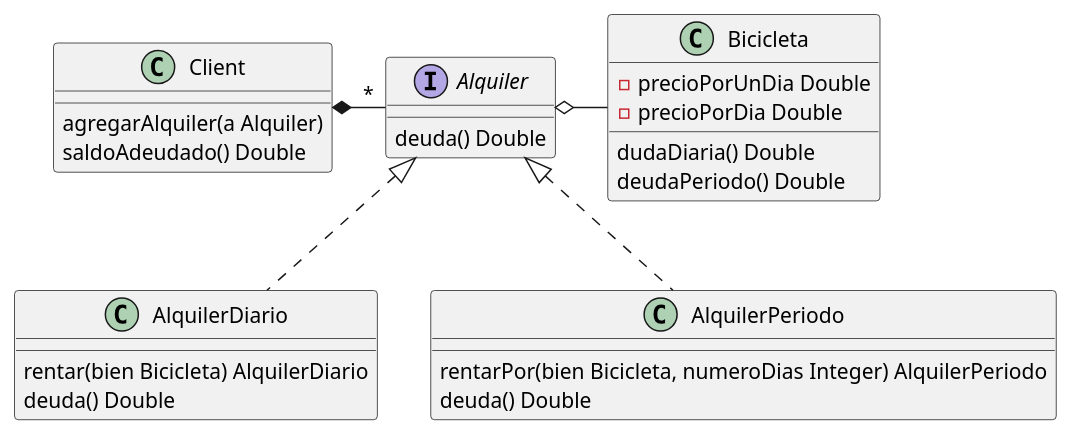
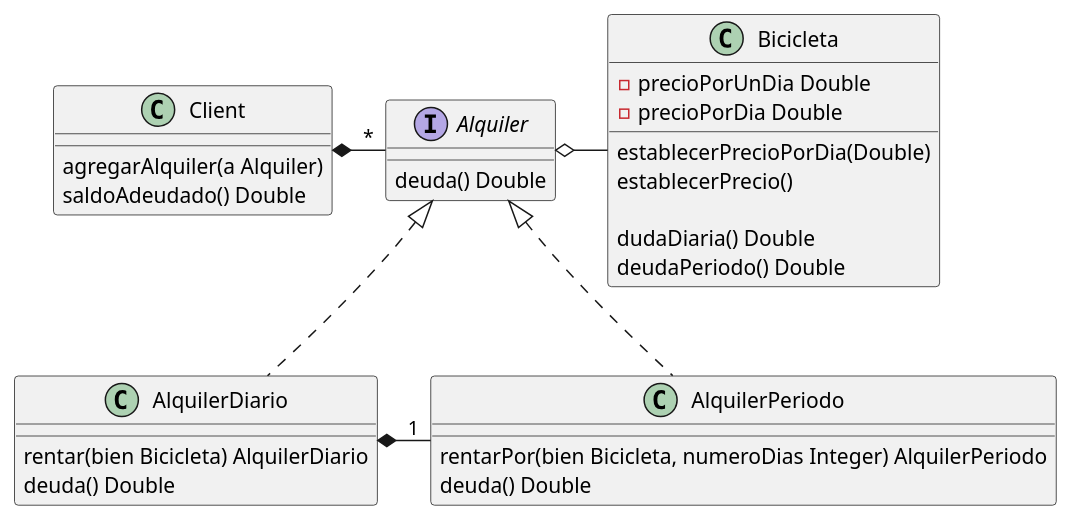
One commit to fiuba/algo3_simulacro_tn_alquiler_bici changed the diagram in media/diagrams/diagrama_clases.plantuml. Above: the diagram before and after it, drawn with PlantUML. The commit also changed 2 other files, not shown here.

```diff
--- a/media/diagrams/diagrama_clases.plantuml
+++ b/media/diagrams/diagrama_clases.plantuml
@@ -1,38 +1,42 @@
 @startuml
 
 class Client {
         agregarAlquiler(a Alquiler)
         saldoAdeudado() Double
 }
 
 interface Alquiler {
         deuda() Double
 }
 
 class AlquilerDiario {
         rentar(bien Bicicleta) AlquilerDiario
         deuda() Double
 }
 
 class AlquilerPeriodo {
         rentarPor(bien Bicicleta, numeroDias Integer) AlquilerPeriodo
         deuda() Double
 }
 
 class Bicicleta {
         - precioPorUnDia Double
         - precioPorDia Double
 
+        establecerPrecioPorDia(Double)
+        establecerPrecio()
+        
         dudaDiaria() Double
         deudaPeriodo() Double
 }
 
 
 Client *- "*" Alquiler
 
 Alquiler o- Bicicleta
 
 Alquiler <|.. AlquilerDiario
 Alquiler <|.. AlquilerPeriodo
 
+AlquilerDiario *- "1" AlquilerPeriodo
 @enduml 
```
